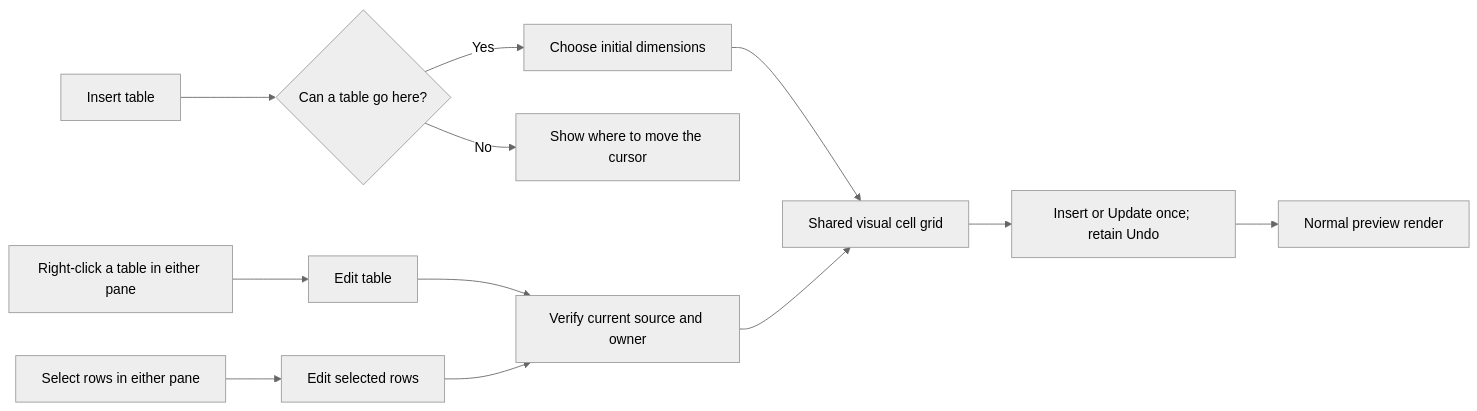
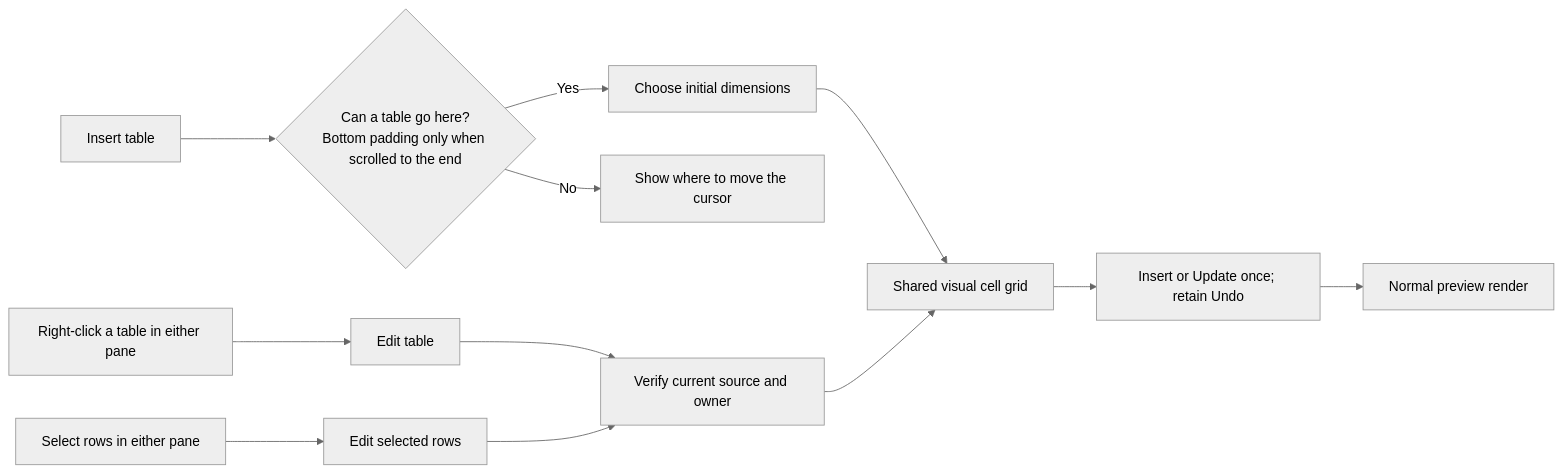
Before and after one commit to lostinsea/markaloo: the diagram in docs/CUSTOMIZATIONS.md, drawn with Mermaid (neutral theme). The commit also changed 3 other files, not shown here.

First line of the commit message:
Insert Table rejected bottom padding at the end of wrapped text

````diff
--- a/docs/CUSTOMIZATIONS.md
+++ b/docs/CUSTOMIZATIONS.md
@@ -558,14 +558,14 @@
 ```mermaid
 flowchart LR
-    N["Insert table"] --> P{"Can a table go here?"}
+    N["Insert table"] --> P{"Can a table go here?<br/>Bottom padding only when scrolled to the end"}
     P -- Yes --> C["Choose initial dimensions"]
     P -- No --> W["Show where to move the cursor"]
     C --> D["Shared visual cell grid"]
     A["Right-click a table in either pane"] --> B["Edit table"]
     S["Select rows in either pane"] --> R["Edit selected rows"]
     B --> V["Verify current source and owner"]
     R --> V
     V --> D
     D --> E["Insert or Update once; retain Undo"]
     E --> F["Normal preview render"]
 ```
````
